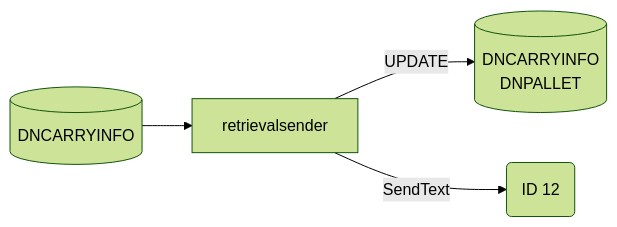
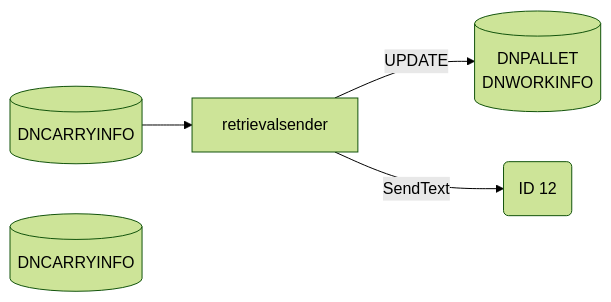
One commit to luthfiadityaa/SimeDarby-Wiki changed the fourth of 11 diagrams in Basic-Design/DFD-WMS/Retrieval/Unplanned-Retrieval-to-HP-Area.md. Above: the diagram before and after it, drawn with Mermaid (forest theme).

Commit message:
Updated Unplanned Retrieval to HP Area

```diff
--- a/Basic-Design/DFD-WMS/Retrieval/Unplanned-Retrieval-to-HP-Area.md
+++ b/Basic-Design/DFD-WMS/Retrieval/Unplanned-Retrieval-to-HP-Area.md
@@ -224,19 +224,23 @@
 ::: mermaid
 flowchart LR
 
 retrievalsender-input[("
 DNCARRYINFO
 ")]
 
 retrievalsender-update[("
+DNPALLET
+DNWORKINFO
+")]
+
+retrievalsender-insert[("
 DNCARRYINFO
-DNPALLET
 ")]
 
 id12msg("
 ID 12
 ")
 
 retrievalsender-input-->retrievalsender--> |UPDATE| retrievalsender-update
 retrievalsender--> |SendText| id12msg
 :::
```
